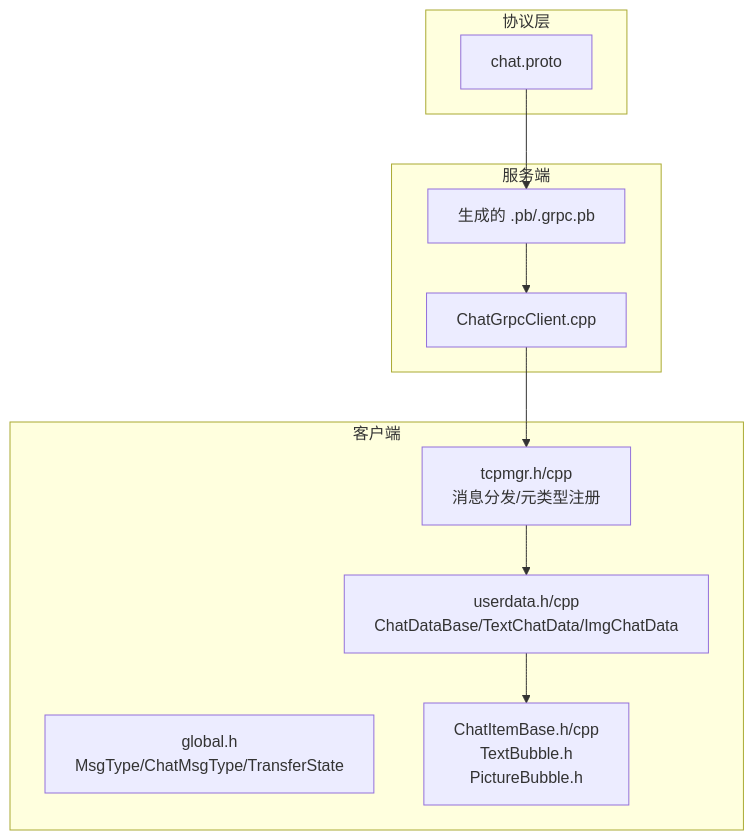
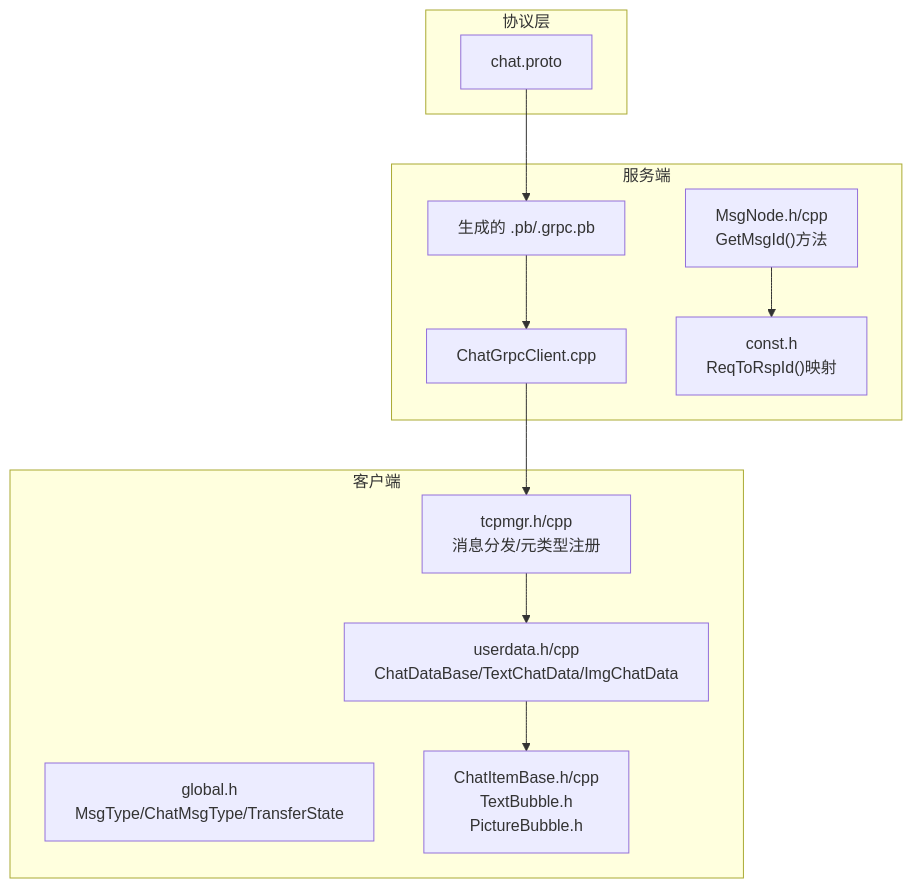
One commit to echo9923/mychatter changed the first of 9 diagrams in .qoder/repowiki/zh/content/核心功能模块/聊天消息系统/消息类型系统.md. Above: the diagram before and after it, drawn with Mermaid. The commit also changed other lines of this file and 54 other files, not shown here.

````diff
--- a/.qoder/repowiki/zh/content/核心功能模块/聊天消息系统/消息类型系统.md
+++ b/.qoder/repowiki/zh/content/核心功能模块/聊天消息系统/消息类型系统.md
@@ -42,21 +57,24 @@
 ```mermaid
 graph TB
 subgraph "协议层"
 P["chat.proto"]
 end
 subgraph "服务端"
 S_Gen["生成的 .pb/.grpc.pb"]
 S_Client["ChatGrpcClient.cpp"]
+S_MsgNode["MsgNode.h/cpp<br/>GetMsgId()方法"]
+S_Const["const.h<br/>ReqToRspId()映射"]
 end
 subgraph "客户端"
 C_Model["userdata.h/cpp<br/>ChatDataBase/TextChatData/ImgChatData"]
 C_Global["global.h<br/>MsgType/ChatMsgType/TransferState"]
 C_UI["ChatItemBase.h/cpp<br/>TextBubble.h<br/>PictureBubble.h"]
 C_Tcp["tcpmgr.h/cpp<br/>消息分发/元类型注册"]
 end
 P --> S_Gen
 S_Gen --> S_Client
 S_Client --> C_Tcp
 C_Tcp --> C_Model
 C_Model --> C_UI
+S_MsgNode --> S_Const
 ```
````
